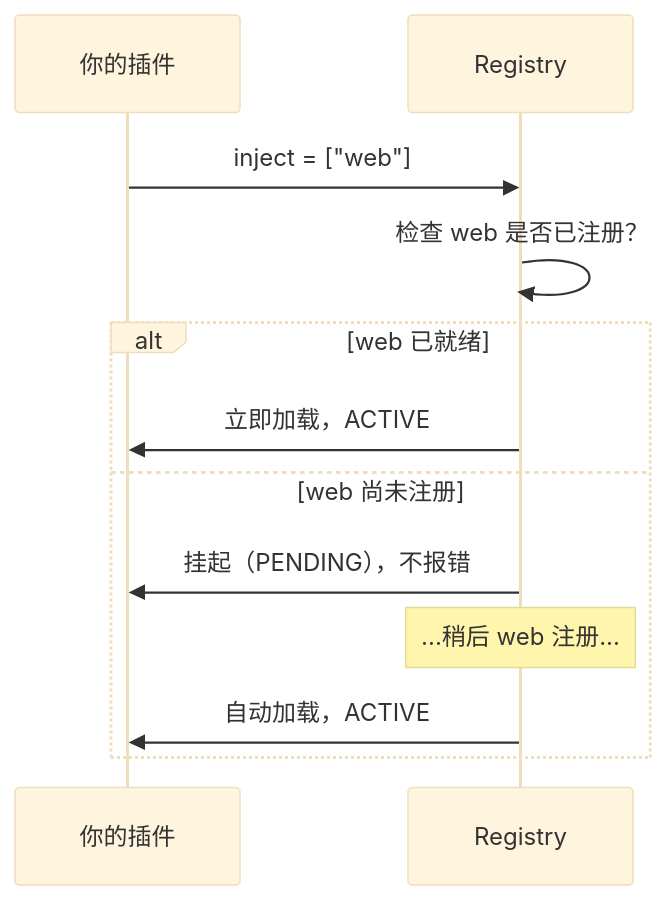
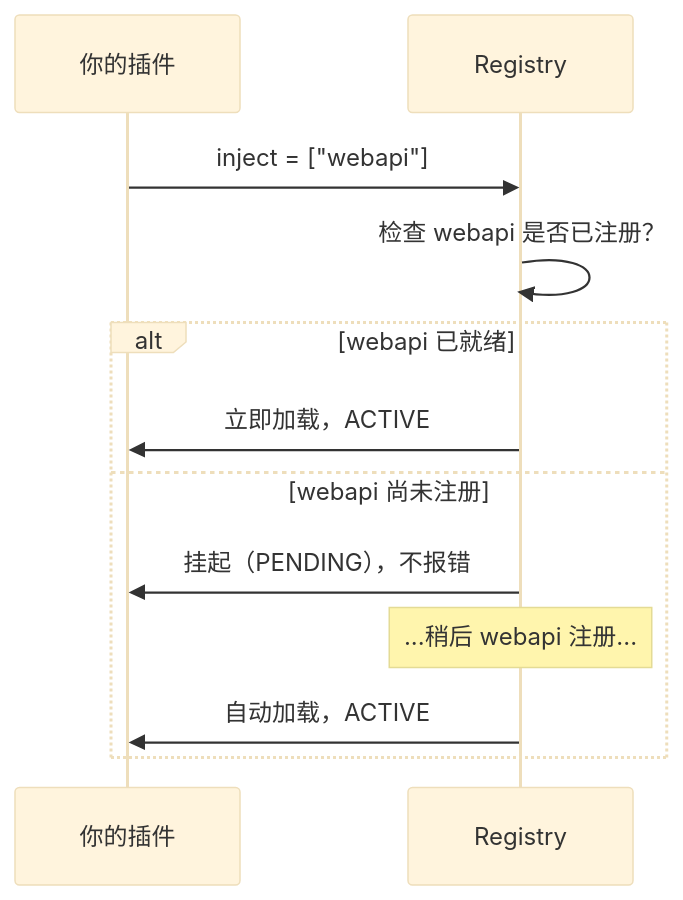
The fourth of 5 diagrams in docs/开发文档.md (fshoocn/aetp), drawn with Mermaid (base theme) before and after one commit. The commit also changed other lines of this file and 136 other files, not shown here.

First line of the commit message:
refactor(web): 拆分 web 为 webapi / webui 两个独立插件

````diff
--- a/docs/开发文档.md
+++ b/docs/开发文档.md
@@ -621,15 +623,15 @@
 ```mermaid
 sequenceDiagram
     participant U as 你的插件
     participant R as Registry
 
-    U->>R: inject = ["web"]
-    R->>R: 检查 web 是否已注册？
-    alt web 已就绪
+    U->>R: inject = ["webapi"]
+    R->>R: 检查 webapi 是否已注册？
+    alt webapi 已就绪
         R->>U: 立即加载，ACTIVE
-    else web 尚未注册
+    else webapi 尚未注册
         R->>U: 挂起（PENDING），不报错
-        Note over R: ...稍后 web 注册...
+        Note over R: ...稍后 webapi 注册...
         R->>U: 自动加载，ACTIVE
     end
 ```
````
